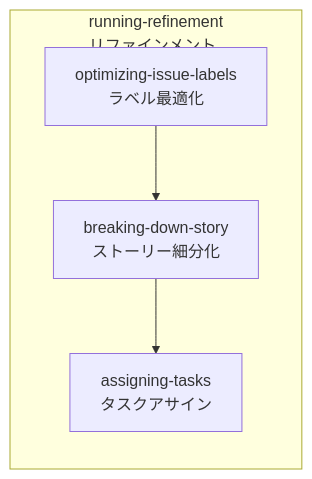
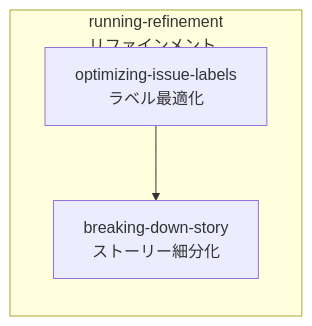
The third of 3 diagrams in docs/skill-workflow.md (canpok1/maze-runner), drawn with Mermaid before and after one commit. The commit also changed other lines of this file, not shown here.

````diff
--- a/docs/skill-workflow.md
+++ b/docs/skill-workflow.md
@@ -142,7 +136,6 @@
 ```mermaid
 graph LR
     subgraph "running-refinement<br/>リファインメント"
         A[optimizing-issue-labels<br/>ラベル最適化] --> B[breaking-down-story<br/>ストーリー細分化]
-        B --> C[assigning-tasks<br/>タスクアサイン]
     end
 ```
````
